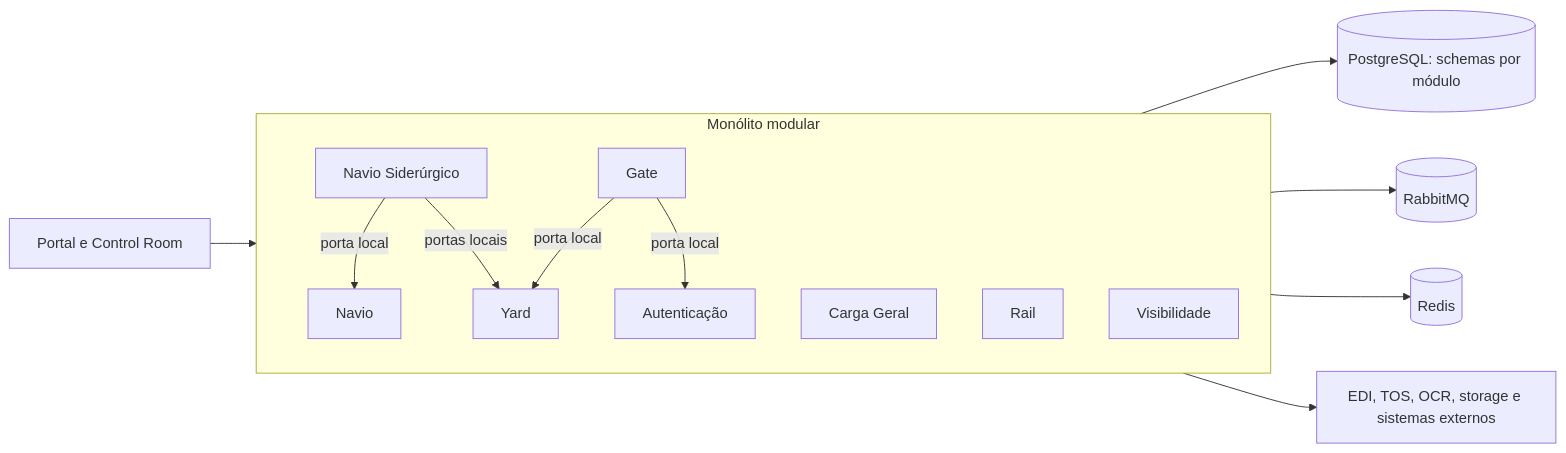
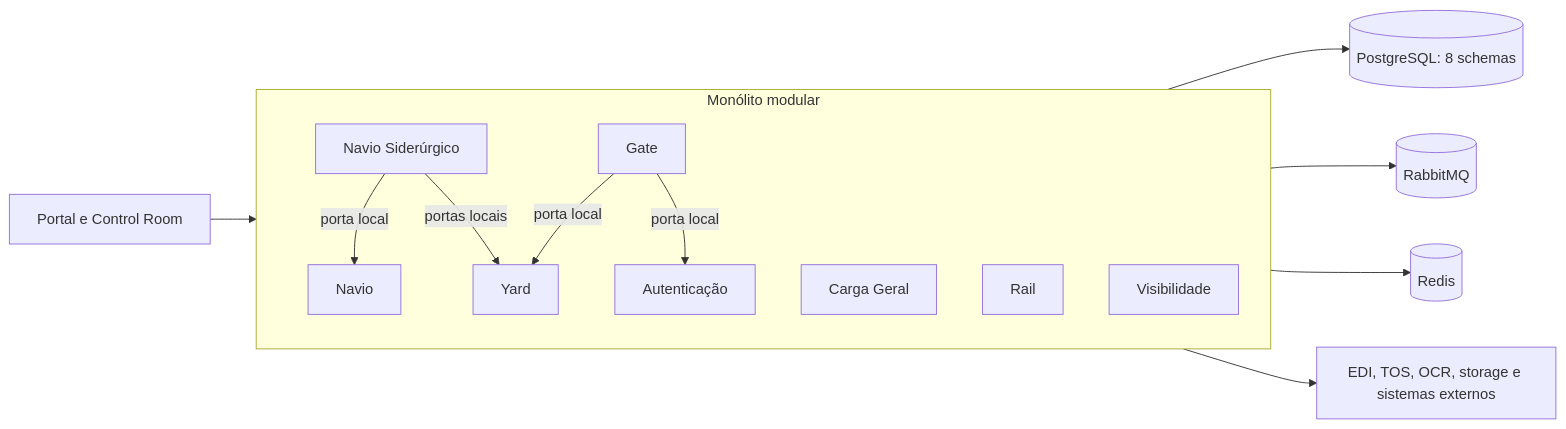
Before and after one commit to diogo2806/CloudPort: the diagram in README.md, drawn with Mermaid. The commit also changed other lines of this file, not shown here.

````diff
--- a/README.md
+++ b/README.md
@@ -112,25 +64,25 @@
 ```mermaid
 flowchart LR
     FE[Portal e Control Room] --> API[cloudport-runtime :8080]
 
     subgraph API[Monólito modular]
         AUTH[Autenticação]
         CGO[Carga Geral]
         GATE[Gate]
         RAIL[Rail]
         YARD[Yard]
         NAVIO[Navio]
         SID[Navio Siderúrgico]
         VIS[Visibilidade]
 
         SID -->|porta local| NAVIO
         SID -->|portas locais| YARD
         GATE -->|porta local| YARD
         GATE -->|porta local| AUTH
     end
 
-    API --> PG[(PostgreSQL: schemas por módulo)]
+    API --> PG[(PostgreSQL: 8 schemas)]
     API --> MQ[(RabbitMQ)]
     API --> REDIS[(Redis)]
     API --> EXT[EDI, TOS, OCR, storage e sistemas externos]
 ```
````
